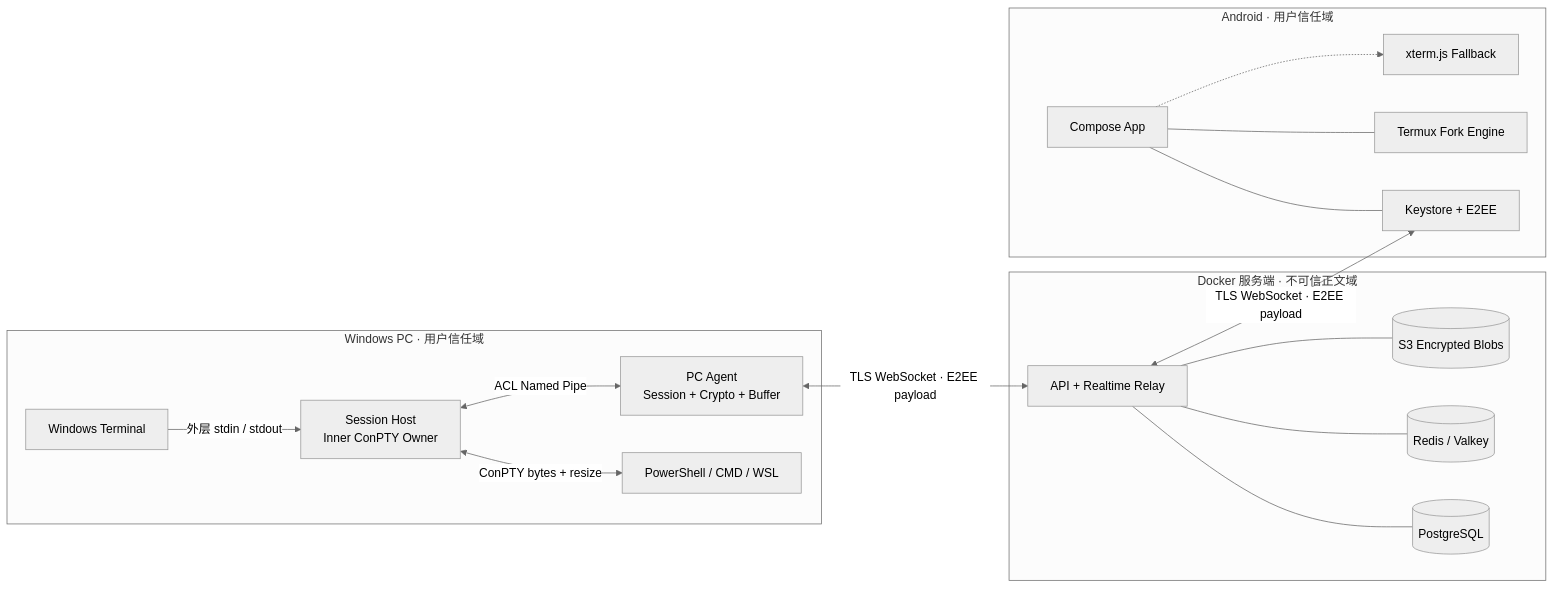
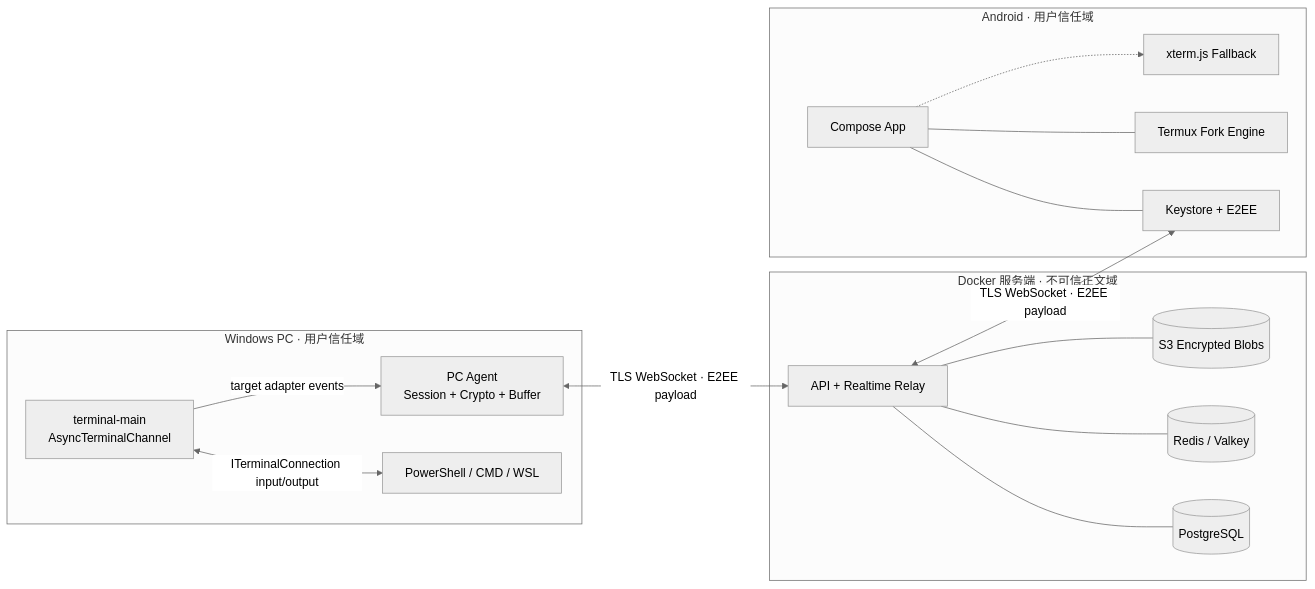
One commit to myucxy/TermLink changed the first of 16 diagrams in docs/COMPLETE_SYSTEM_DESIGN.md. Above: the diagram before and after it, drawn with Mermaid (neutral theme). The commit also changed other lines of this file and 301 other files, not shown here.

````diff
--- a/docs/COMPLETE_SYSTEM_DESIGN.md
+++ b/docs/COMPLETE_SYSTEM_DESIGN.md
@@ -194,35 +196,33 @@
 ```mermaid
 flowchart LR
     subgraph PC[Windows PC · 用户信任域]
-        WT[Windows Terminal]
-        HOST[Session Host\nInner ConPTY Owner]
+        TM[terminal-main\nAsyncTerminalChannel]
         SHELL[PowerShell / CMD / WSL]
         AGENT[PC Agent\nSession + Crypto + Buffer]
-        WT -->|外层 stdin / stdout| HOST
-        HOST <-->|ConPTY bytes + resize| SHELL
-        HOST <-->|ACL Named Pipe| AGENT
+        TM <-->|ITerminalConnection input/output| SHELL
+        TM -->|target adapter events| AGENT
     end
 
     subgraph CLOUD[Docker 服务端 · 不可信正文域]
         API[API + Realtime Relay]
         PG[(PostgreSQL)]
         REDIS[(Redis / Valkey)]
         S3[(S3 Encrypted Blobs)]
         API --- PG
         API --- REDIS
         API --- S3
     end
 
     subgraph PHONE[Android · 用户信任域]
         APP[Compose App]
         CRYPTO[Keystore + E2EE]
         TERM[Termux Fork Engine]
         FALLBACK[xterm.js Fallback]
         APP --- CRYPTO
         APP --- TERM
         APP -.-> FALLBACK
     end
 
     AGENT <-->|TLS WebSocket · E2EE payload| API
     API <-->|TLS WebSocket · E2EE payload| CRYPTO
 ```
````
